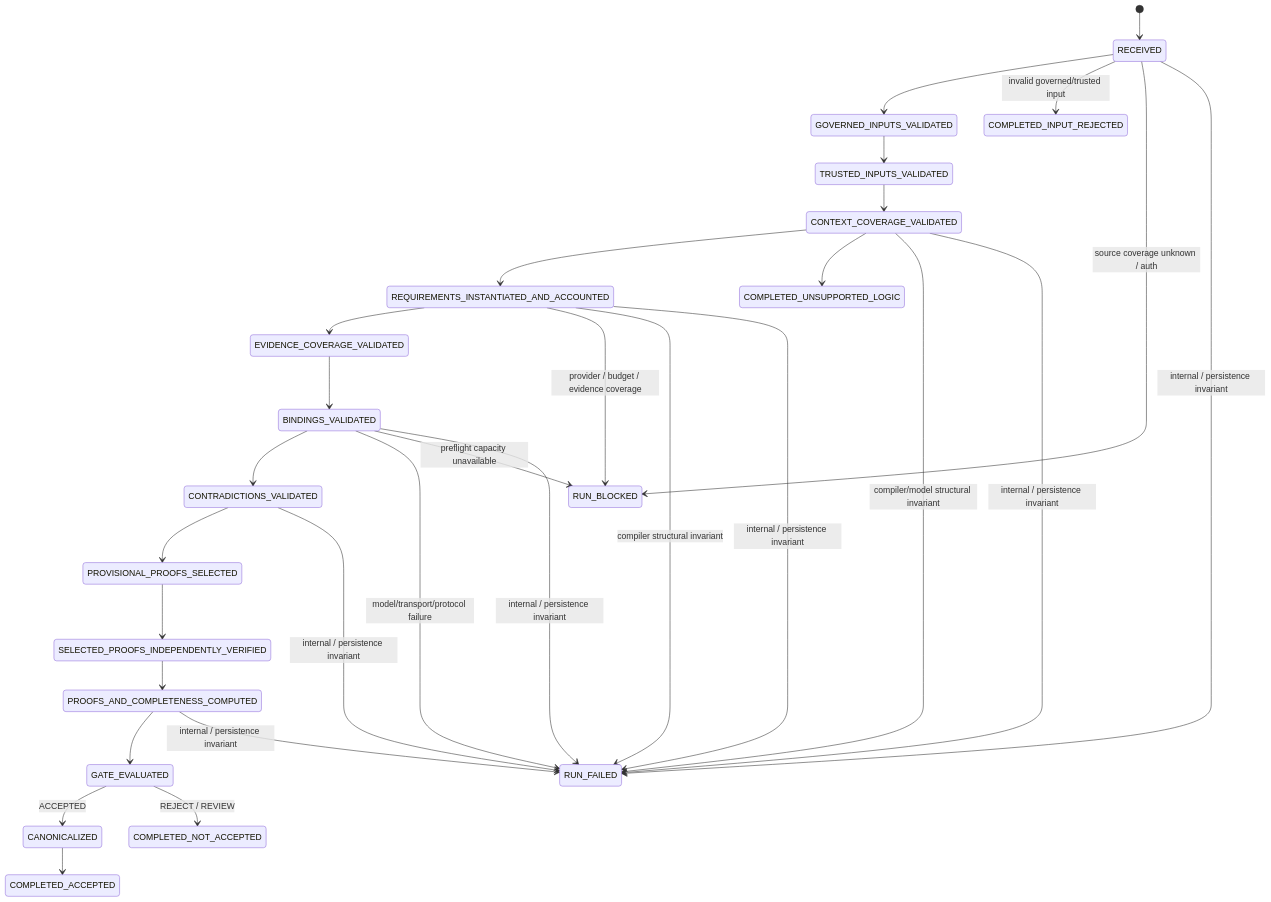
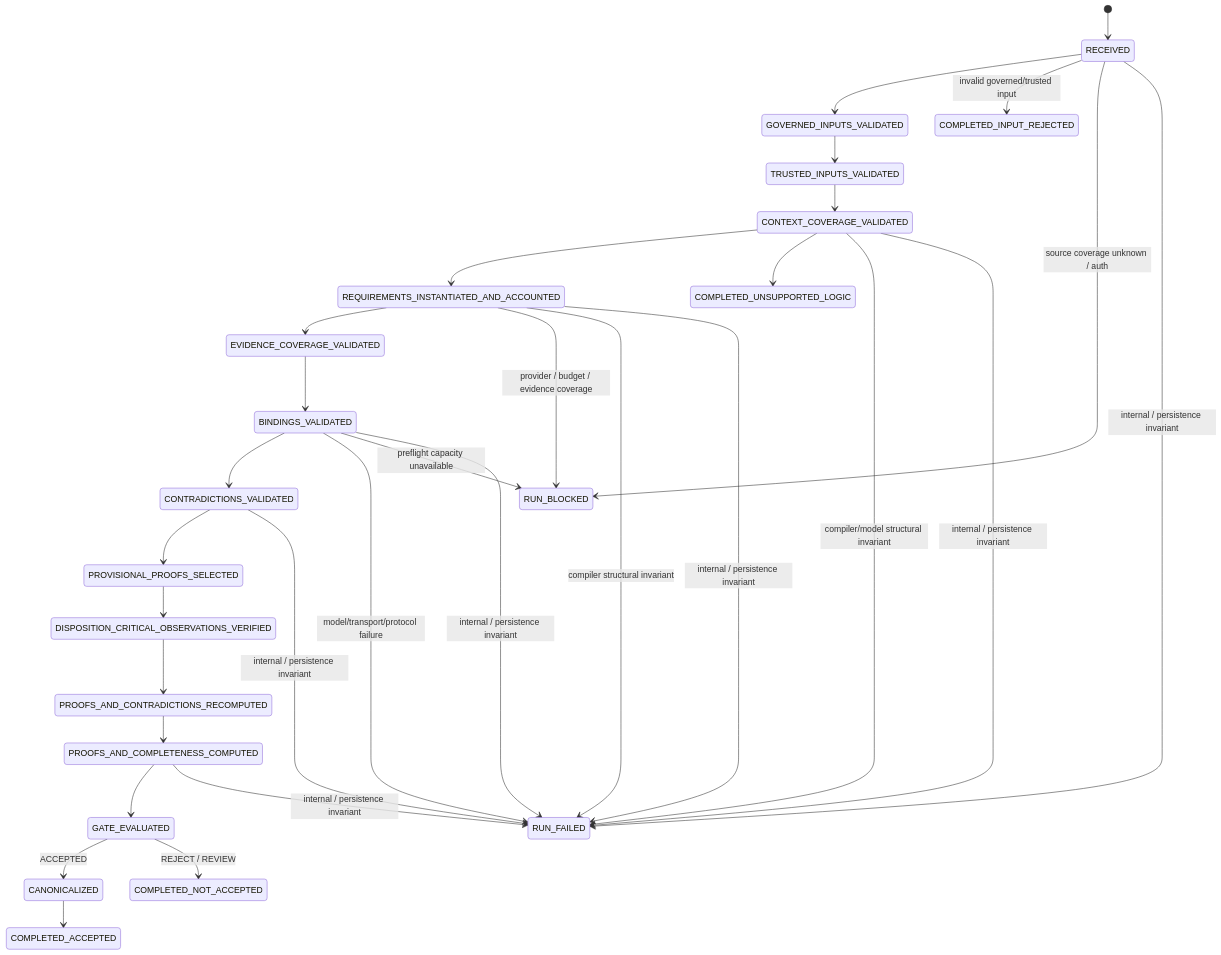
The second of 2 diagrams in docs/continuum_module_01_semantic_dependency_compiler/02_ARCHITECTURE.md (dabaitudiu/continuum), drawn with Mermaid before and after one commit. The commit also changed other lines of this file and 22 other files, not shown here.

Commit message:
docs: revise option B architecture to revision 6

````diff
--- a/docs/continuum_module_01_semantic_dependency_compiler/02_ARCHITECTURE.md
+++ b/docs/continuum_module_01_semantic_dependency_compiler/02_ARCHITECTURE.md
@@ -111,33 +113,34 @@
 ```mermaid
 stateDiagram-v2
     [*] --> RECEIVED
     RECEIVED --> GOVERNED_INPUTS_VALIDATED
     GOVERNED_INPUTS_VALIDATED --> TRUSTED_INPUTS_VALIDATED
     TRUSTED_INPUTS_VALIDATED --> CONTEXT_COVERAGE_VALIDATED
     CONTEXT_COVERAGE_VALIDATED --> REQUIREMENTS_INSTANTIATED_AND_ACCOUNTED
     REQUIREMENTS_INSTANTIATED_AND_ACCOUNTED --> EVIDENCE_COVERAGE_VALIDATED
     EVIDENCE_COVERAGE_VALIDATED --> BINDINGS_VALIDATED
     BINDINGS_VALIDATED --> CONTRADICTIONS_VALIDATED
     CONTRADICTIONS_VALIDATED --> PROVISIONAL_PROOFS_SELECTED
-    PROVISIONAL_PROOFS_SELECTED --> SELECTED_PROOFS_INDEPENDENTLY_VERIFIED
-    SELECTED_PROOFS_INDEPENDENTLY_VERIFIED --> PROOFS_AND_COMPLETENESS_COMPUTED
+    PROVISIONAL_PROOFS_SELECTED --> DISPOSITION_CRITICAL_OBSERVATIONS_VERIFIED
+    DISPOSITION_CRITICAL_OBSERVATIONS_VERIFIED --> PROOFS_AND_CONTRADICTIONS_RECOMPUTED
+    PROOFS_AND_CONTRADICTIONS_RECOMPUTED --> PROOFS_AND_COMPLETENESS_COMPUTED
     PROOFS_AND_COMPLETENESS_COMPUTED --> GATE_EVALUATED
     GATE_EVALUATED --> CANONICALIZED: ACCEPTED
     GATE_EVALUATED --> COMPLETED_NOT_ACCEPTED: REJECT / REVIEW
     CANONICALIZED --> COMPLETED_ACCEPTED
 
     RECEIVED --> COMPLETED_INPUT_REJECTED: invalid governed/trusted input
     RECEIVED --> RUN_BLOCKED: source coverage unknown / auth
     REQUIREMENTS_INSTANTIATED_AND_ACCOUNTED --> RUN_BLOCKED: provider / budget / evidence coverage
     BINDINGS_VALIDATED --> RUN_FAILED: model/transport/protocol failure
     BINDINGS_VALIDATED --> RUN_BLOCKED: preflight capacity unavailable
     CONTEXT_COVERAGE_VALIDATED --> COMPLETED_UNSUPPORTED_LOGIC
     CONTEXT_COVERAGE_VALIDATED --> RUN_FAILED: compiler/model structural invariant
     REQUIREMENTS_INSTANTIATED_AND_ACCOUNTED --> RUN_FAILED: compiler structural invariant
     RECEIVED --> RUN_FAILED: internal / persistence invariant
     CONTEXT_COVERAGE_VALIDATED --> RUN_FAILED: internal / persistence invariant
     REQUIREMENTS_INSTANTIATED_AND_ACCOUNTED --> RUN_FAILED: internal / persistence invariant
     BINDINGS_VALIDATED --> RUN_FAILED: internal / persistence invariant
     CONTRADICTIONS_VALIDATED --> RUN_FAILED: internal / persistence invariant
     PROOFS_AND_COMPLETENESS_COMPUTED --> RUN_FAILED: internal / persistence invariant
 ```
````
